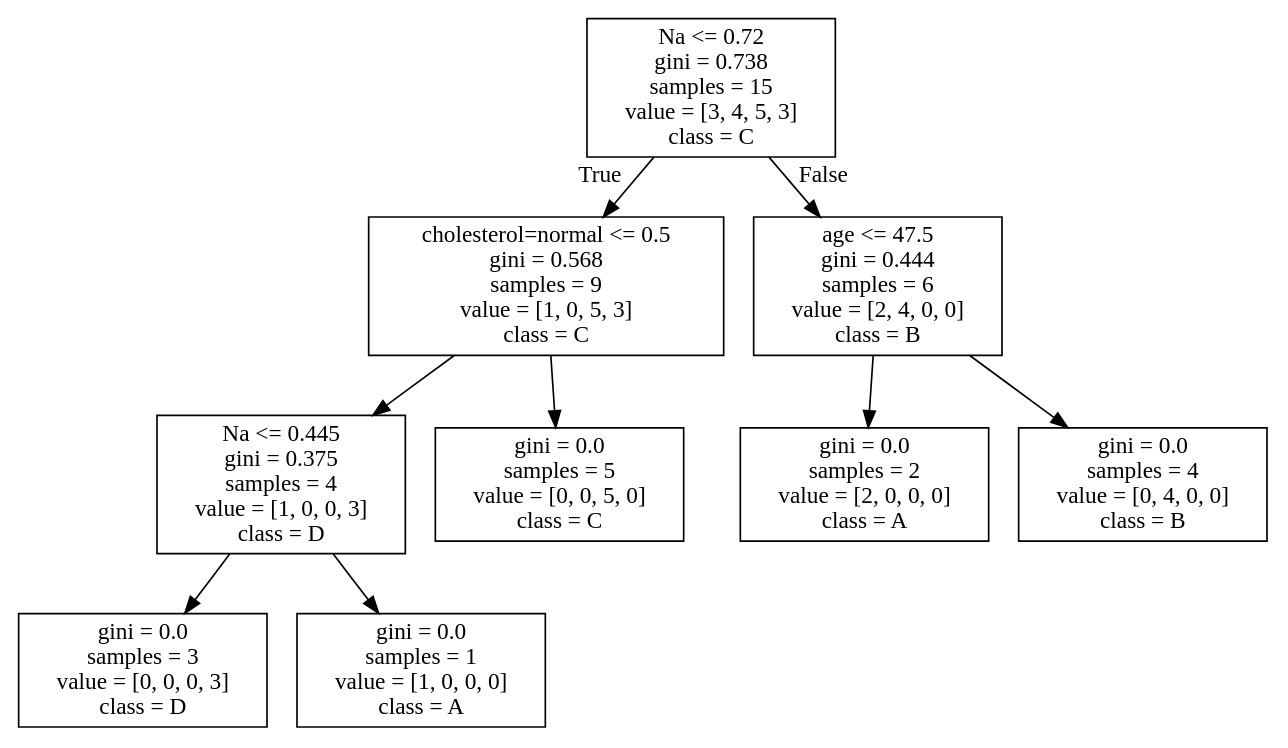
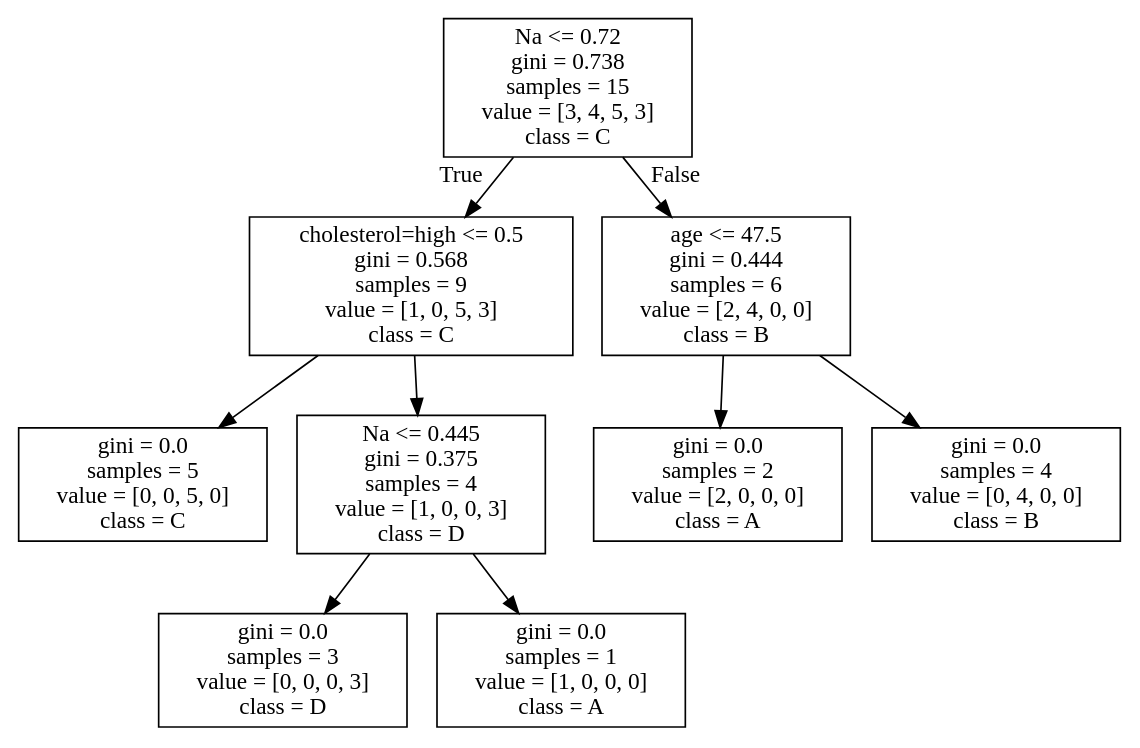
The diagram in tree.dot (JoeanAmiee/Machine_Learning), drawn with Graphviz before and after one commit. The commit also changed 1 other file, not shown here.

```diff
--- a/tree.dot
+++ b/tree.dot
@@ -1,20 +1,20 @@
 digraph Tree {
 node [shape=box] ;
 0 [label="Na <= 0.72\ngini = 0.738\nsamples = 15\nvalue = [3, 4, 5, 3]\nclass = C"] ;
-1 [label="cholesterol=normal <= 0.5\ngini = 0.568\nsamples = 9\nvalue = [1, 0, 5, 3]\nclass = C"] ;
+1 [label="cholesterol=high <= 0.5\ngini = 0.568\nsamples = 9\nvalue = [1, 0, 5, 3]\nclass = C"] ;
 0 -> 1 [labeldistance=2.5, labelangle=45, headlabel="True"] ;
-2 [label="Na <= 0.445\ngini = 0.375\nsamples = 4\nvalue = [1, 0, 0, 3]\nclass = D"] ;
+2 [label="gini = 0.0\nsamples = 5\nvalue = [0, 0, 5, 0]\nclass = C"] ;
 1 -> 2 ;
-3 [label="gini = 0.0\nsamples = 3\nvalue = [0, 0, 0, 3]\nclass = D"] ;
-2 -> 3 ;
-4 [label="gini = 0.0\nsamples = 1\nvalue = [1, 0, 0, 0]\nclass = A"] ;
-2 -> 4 ;
-5 [label="gini = 0.0\nsamples = 5\nvalue = [0, 0, 5, 0]\nclass = C"] ;
-1 -> 5 ;
+3 [label="Na <= 0.445\ngini = 0.375\nsamples = 4\nvalue = [1, 0, 0, 3]\nclass = D"] ;
+1 -> 3 ;
+4 [label="gini = 0.0\nsamples = 3\nvalue = [0, 0, 0, 3]\nclass = D"] ;
+3 -> 4 ;
+5 [label="gini = 0.0\nsamples = 1\nvalue = [1, 0, 0, 0]\nclass = A"] ;
+3 -> 5 ;
 6 [label="age <= 47.5\ngini = 0.444\nsamples = 6\nvalue = [2, 4, 0, 0]\nclass = B"] ;
 0 -> 6 [labeldistance=2.5, labelangle=-45, headlabel="False"] ;
 7 [label="gini = 0.0\nsamples = 2\nvalue = [2, 0, 0, 0]\nclass = A"] ;
 6 -> 7 ;
 8 [label="gini = 0.0\nsamples = 4\nvalue = [0, 4, 0, 0]\nclass = B"] ;
 6 -> 8 ;
 }
```
